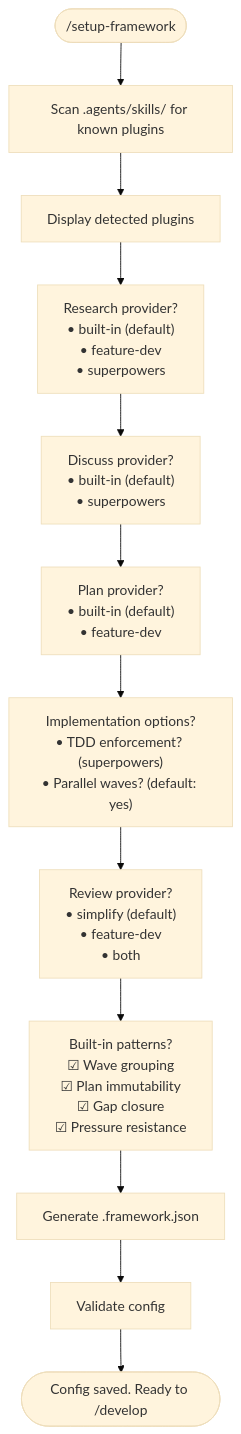
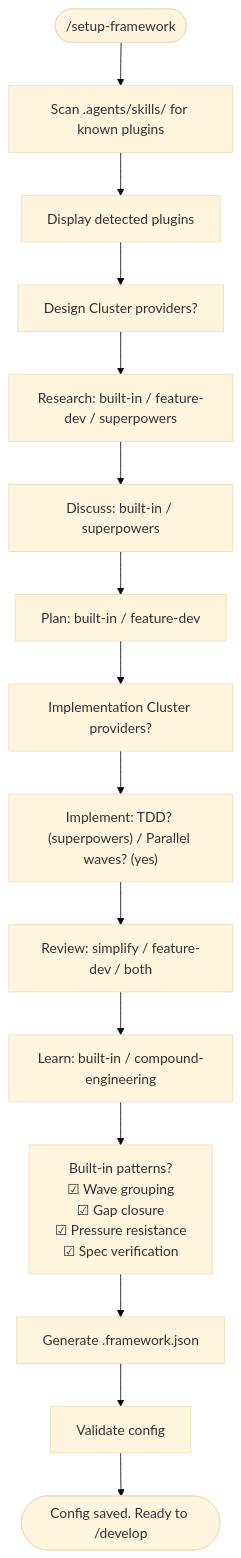
The fifth of 11 diagrams in .spec/product-design.md (LennardZuendorf/vibe), drawn with Mermaid (base theme) before and after one commit. The commit also changed other lines of this file and 1 other file, not shown here.

First line of the commit message:
update: restructure product specs with clustered phases and global/feature spec separation

````diff
--- a/.spec/product-design.md
+++ b/.spec/product-design.md
@@ -151,14 +256,20 @@
 ```mermaid
 flowchart TD
     START(["/setup-framework"]) --> DETECT["Scan .agents/skills/ for known plugins"]
     DETECT --> SHOW["Display detected plugins"]
-    SHOW --> ASK_RESEARCH["Research provider?<br/>• built-in (default)<br/>• feature-dev<br/>• superpowers"]
-    ASK_RESEARCH --> ASK_DISCUSS["Discuss provider?<br/>• built-in (default)<br/>• superpowers"]
-    ASK_DISCUSS --> ASK_PLAN["Plan provider?<br/>• built-in (default)<br/>• feature-dev"]
-    ASK_PLAN --> ASK_IMPL["Implementation options?<br/>• TDD enforcement? (superpowers)<br/>• Parallel waves? (default: yes)"]
-    ASK_IMPL --> ASK_REVIEW["Review provider?<br/>• simplify (default)<br/>• feature-dev<br/>• both"]
-    ASK_REVIEW --> ASK_PATTERNS["Built-in patterns?<br/>☑ Wave grouping<br/>☑ Plan immutability<br/>☑ Gap closure<br/>☑ Pressure resistance"]
+
+    SHOW --> ASK_DESIGN["Design Cluster providers?"]
+    ASK_DESIGN --> ASK_RESEARCH["Research: built-in / feature-dev / superpowers"]
+    ASK_RESEARCH --> ASK_DISCUSS["Discuss: built-in / superpowers"]
+    ASK_DISCUSS --> ASK_PLAN["Plan: built-in / feature-dev"]
+
+    ASK_PLAN --> ASK_IMPL["Implementation Cluster providers?"]
+    ASK_IMPL --> ASK_IMPL_OPTS["Implement: TDD? (superpowers) / Parallel waves? (yes)"]
+    ASK_IMPL_OPTS --> ASK_REVIEW["Review: simplify / feature-dev / both"]
+    ASK_REVIEW --> ASK_LEARN["Learn: built-in / compound-engineering"]
+
+    ASK_LEARN --> ASK_PATTERNS["Built-in patterns?<br/>☑ Wave grouping<br/>☑ Gap closure<br/>☑ Pressure resistance<br/>☑ Spec verification"]
     ASK_PATTERNS --> GENERATE["Generate .framework.json"]
     GENERATE --> VALIDATE["Validate config"]
     VALIDATE --> DONE(["Config saved. Ready to /develop"])
 ```
````
